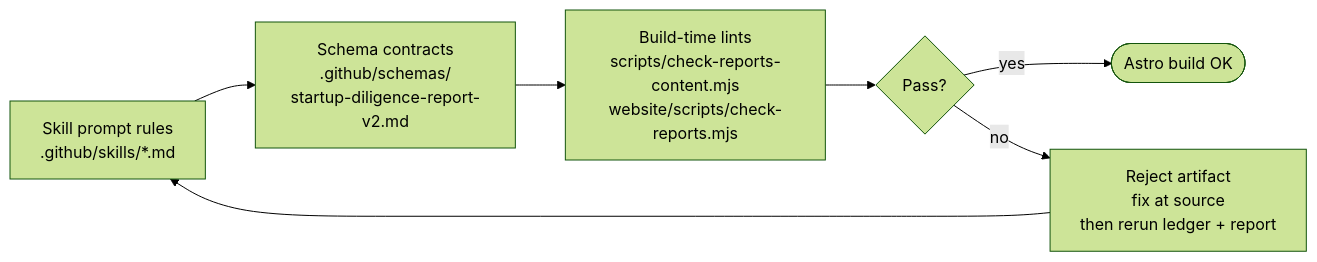
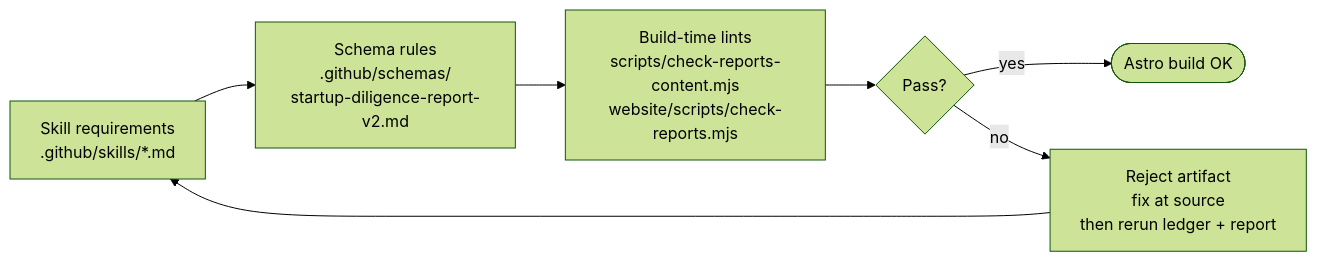
Before and after one commit to huangyingting/startup: the third of 3 diagrams in README.md, drawn with Mermaid (forest theme). The commit also changed other lines of this file and 18 other files, not shown here.

````diff
--- a/README.md
+++ b/README.md
@@ -88,9 +88,9 @@
 ```mermaid
 flowchart LR
-  A[Skill prompt rules<br/>.github/skills/*.md] --> B[Schema contracts<br/>.github/schemas/<br/>startup-diligence-report-v2.md]
+  A[Skill requirements<br/>.github/skills/*.md] --> B[Schema rules<br/>.github/schemas/<br/>startup-diligence-report-v2.md]
   B --> C[Build-time lints<br/>scripts/check-reports-content.mjs<br/>website/scripts/check-reports.mjs]
   C --> D{Pass?}
   D -- yes --> Ship([Astro build OK])
   D -- no --> Fix[Reject artifact<br/>fix at source<br/>then rerun ledger + report]
   Fix --> A
 ```
````
